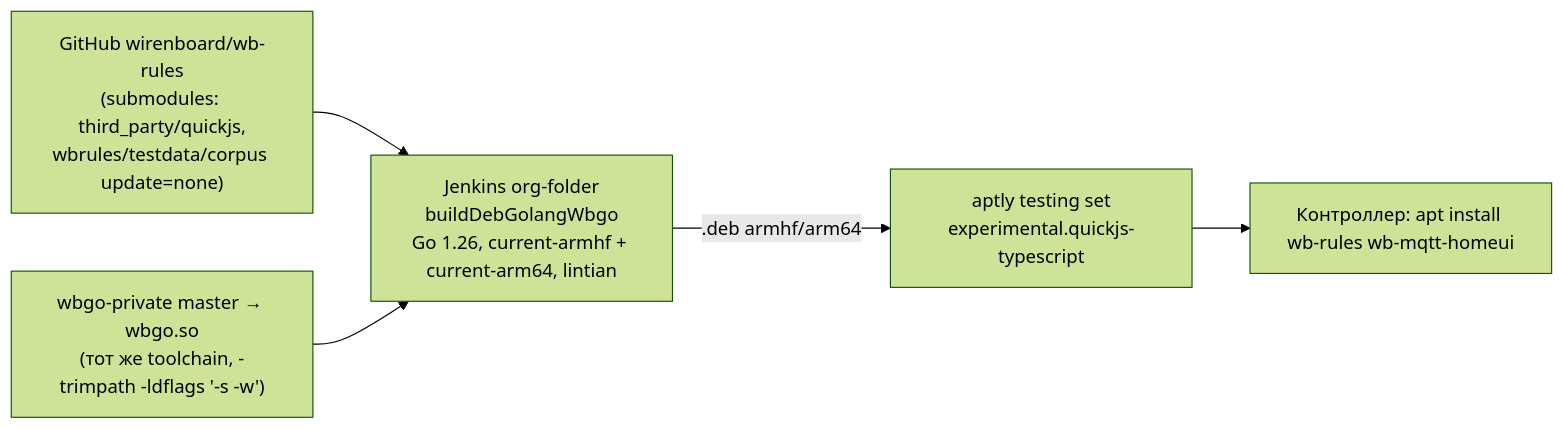
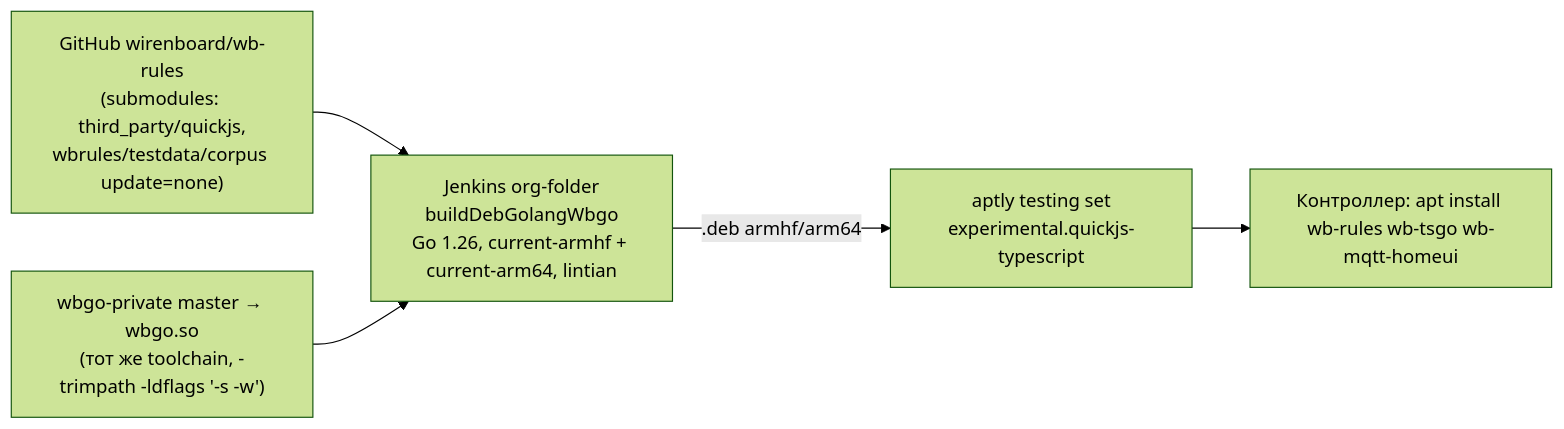
The second of 2 diagrams in docs/arc42/07-deployment-view.md (wirenboard/wb-rules), drawn with Mermaid (forest theme) before and after one commit. The commit also changed other lines of this file and 24 other files, not shown here.

````diff
--- a/docs/arc42/07-deployment-view.md
+++ b/docs/arc42/07-deployment-view.md
@@ -105,11 +115,11 @@
 ```mermaid
 graph LR
     GH["GitHub wirenboard/wb-rules<br/>(submodules: third_party/quickjs,<br/>wbrules/testdata/corpus update=none)"]
     J["Jenkins org-folder<br/>buildDebGolangWbgo<br/>Go 1.26, current-armhf + current-arm64, lintian"]
     WBGO["wbgo-private master → wbgo.so<br/>(тот же toolchain, -trimpath -ldflags '-s -w')"]
     APT["aptly testing set<br/>experimental.quickjs-typescript"]
-    CTRL["Контроллер: apt install wb-rules wb-mqtt-homeui"]
+    CTRL["Контроллер: apt install wb-rules wb-tsgo wb-mqtt-homeui"]
     GH --> J
     WBGO --> J
     J -- ".deb armhf/arm64" --> APT --> CTRL
 ```
````
